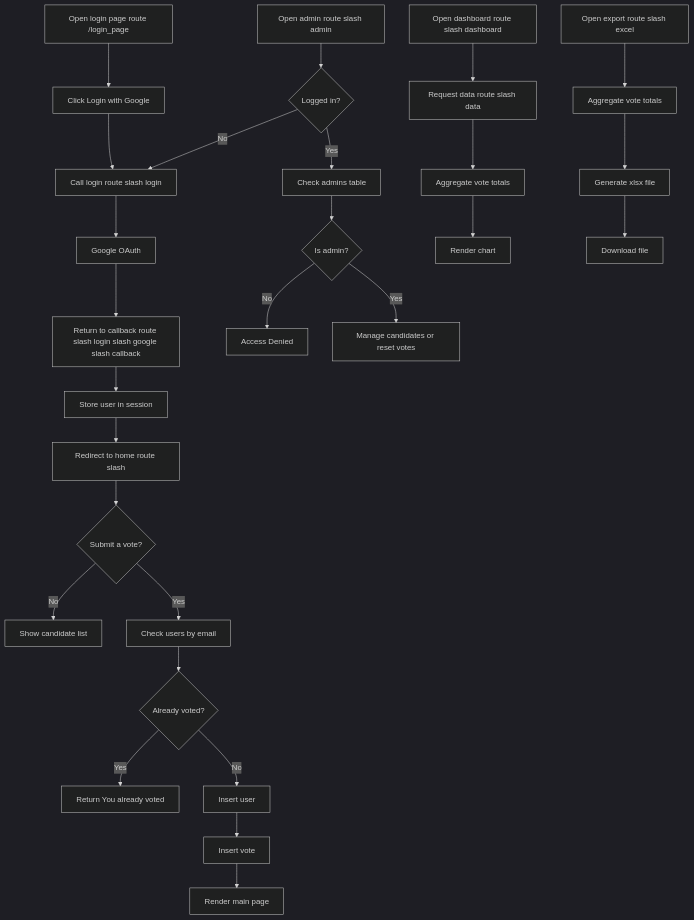
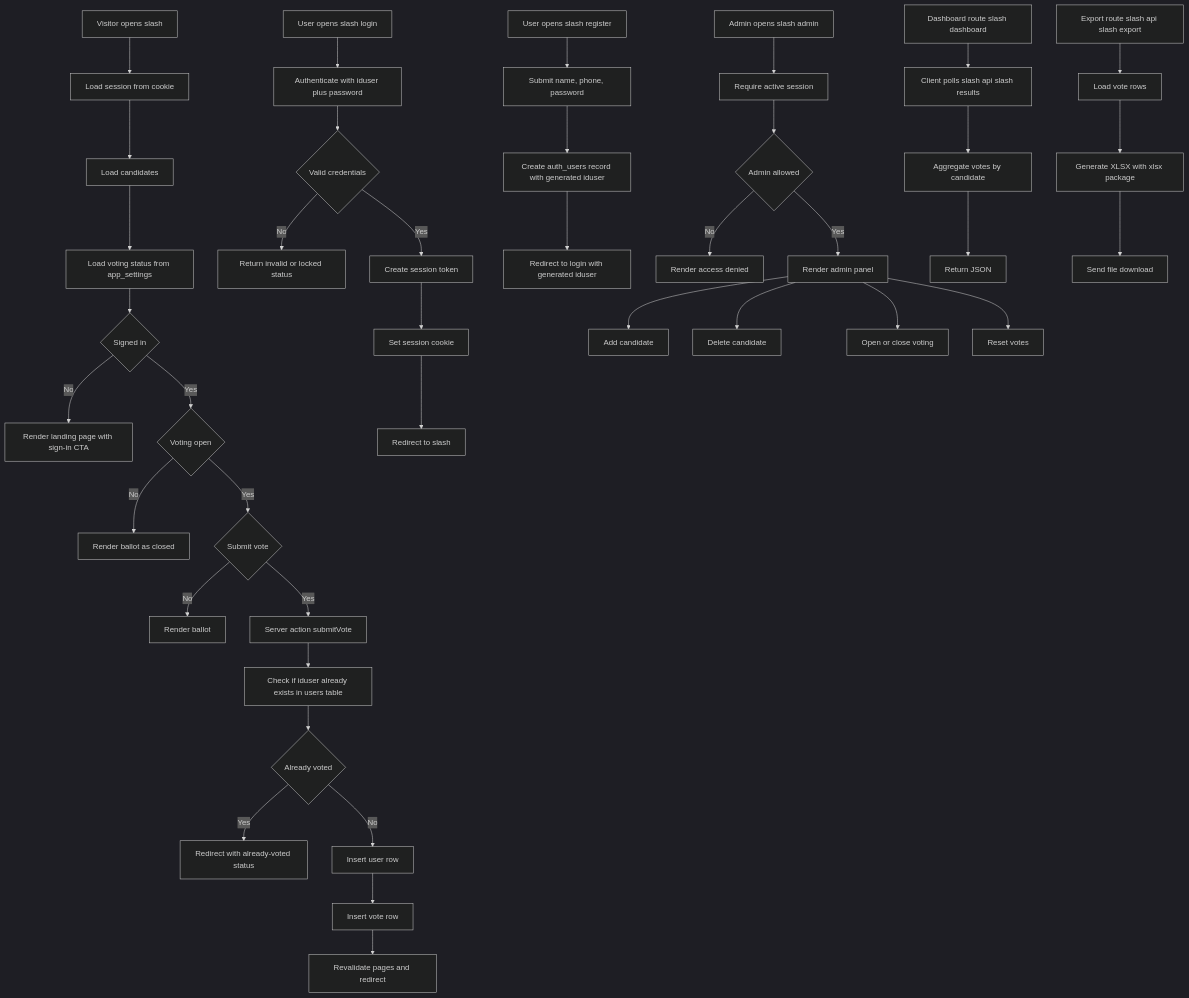
One commit to saralray/voting-webapp changed the diagram in README.md. Above: the diagram before and after it, drawn with Mermaid (dark theme). The commit also changed other lines of this file and 35 other files, not shown here.

Commit message:
Rebuild voting app with Next.js

````diff
--- a/README.md
+++ b/README.md
@@ -63,32 +62,47 @@
 ```mermaid
 flowchart TD
-    A[Open login page route /login_page] --> B[Click Login with Google]
-    B --> C[Call login route slash login]
-    C --> D[Google OAuth]
-    D --> E[Return to callback route slash login slash google slash callback]
-    E --> F[Store user in session]
-    F --> G[Redirect to home route slash]
-    G --> H{Submit a vote?}
-    H -- No --> I[Show candidate list]
-    H -- Yes --> J[Check users by email]
-    J --> K{Already voted?}
-    K -- Yes --> L[Return You already voted]
-    K -- No --> M[Insert user]
-    M --> N[Insert vote]
-    N --> O[Render main page]
+    A[Visitor opens slash] --> B[Load session from cookie]
+    B --> C[Load candidates]
+    C --> D[Load voting status from app_settings]
+    D --> E{Signed in}
+    E -- No --> F[Render landing page with sign-in CTA]
+    E -- Yes --> G{Voting open}
+    G -- No --> H[Render ballot as closed]
+    G -- Yes --> I{Submit vote}
+    I -- No --> J[Render ballot]
+    I -- Yes --> K[Server action submitVote]
+    K --> L[Check if iduser already exists in users table]
+    L --> M{Already voted}
+    M -- Yes --> N[Redirect with already-voted status]
+    M -- No --> O[Insert user row]
+    O --> P[Insert vote row]
+    P --> Q[Revalidate pages and redirect]
 
-    P[Open admin route slash admin] --> Q{Logged in?}
-    Q -- No --> C
-    Q -- Yes --> R[Check admins table]
-    R --> S{Is admin?}
-    S -- No --> T[Access Denied]
-    S -- Yes --> U[Manage candidates or reset votes]
+    R[User opens slash login] --> S[Authenticate with iduser plus password]
+    S --> T{Valid credentials}
+    T -- No --> U[Return invalid or locked status]
+    T -- Yes --> V[Create session token]
+    V --> W[Set session cookie]
+    W --> X[Redirect to slash]
 
-    V[Open dashboard route slash dashboard] --> W[Request data route slash data]
-    W --> X[Aggregate vote totals]
-    X --> Y[Render chart]
+    Y[User opens slash register] --> Z[Submit name, phone, password]
+    Z --> AA[Create auth_users record with generated iduser]
+    AA --> AB[Redirect to login with generated iduser]
 
-    Z[Open export route slash excel] --> AA[Aggregate vote totals]
-    AA --> AB[Generate xlsx file]
-    AB --> AC[Download file]
+    AC[Admin opens slash admin] --> AD[Require active session]
+    AD --> AE{Admin allowed}
+    AE -- No --> AF[Render access denied]
+    AE -- Yes --> AG[Render admin panel]
+    AG --> AH[Add candidate]
+    AG --> AI[Delete candidate]
+    AG --> AJ[Open or close voting]
+    AG --> AK[Reset votes]
+
+    AL[Dashboard route slash dashboard] --> AM[Client polls slash api slash results]
+    AM --> AN[Aggregate votes by candidate]
+    AN --> AO[Return JSON]
+
+    AP[Export route slash api slash export] --> AQ[Load vote rows]
+    AQ --> AR[Generate XLSX with xlsx package]
+    AR --> AS[Send file download]
 ```
````
